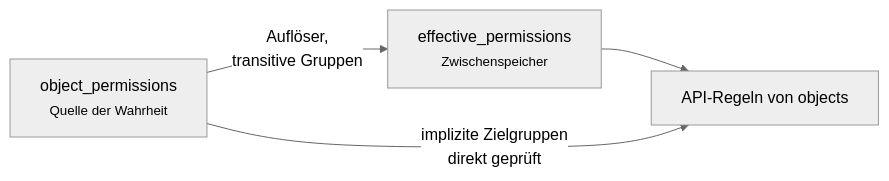
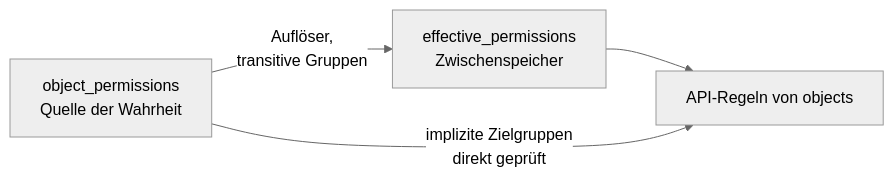
One commit to blckwngd/Ajna changed the third of 4 diagrams in wiki/Architektur.md. Above: the diagram before and after it, drawn with Mermaid (neutral theme). The commit also changed other lines of this file and 11 other files, not shown here.

````diff
--- a/wiki/Architektur.md
+++ b/wiki/Architektur.md
@@ -92,6 +94,6 @@
 ```mermaid
 flowchart LR
-  ACE["object_permissions<br/><small>Quelle der Wahrheit</small>"] -->|"Auflöser,<br/>transitive Gruppen"| EFF["effective_permissions<br/><small>Zwischenspeicher</small>"]
+  ACE["object_permissions<br/>Quelle der Wahrheit"] -->|"Auflöser,<br/>transitive Gruppen"| EFF["effective_permissions<br/>Zwischenspeicher"]
   EFF --> RULE["API-Regeln von objects"]
   ACE -->|"implizite Zielgruppen<br/>direkt geprüft"| RULE
 ```
````
